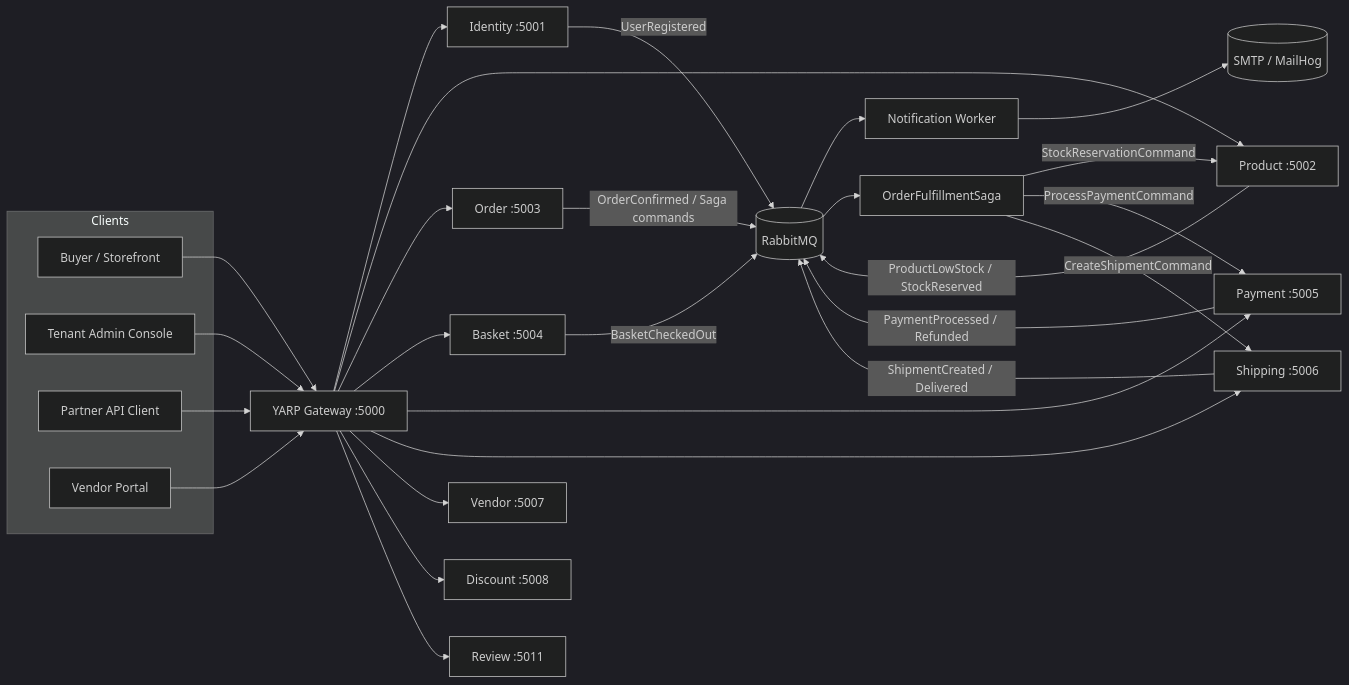
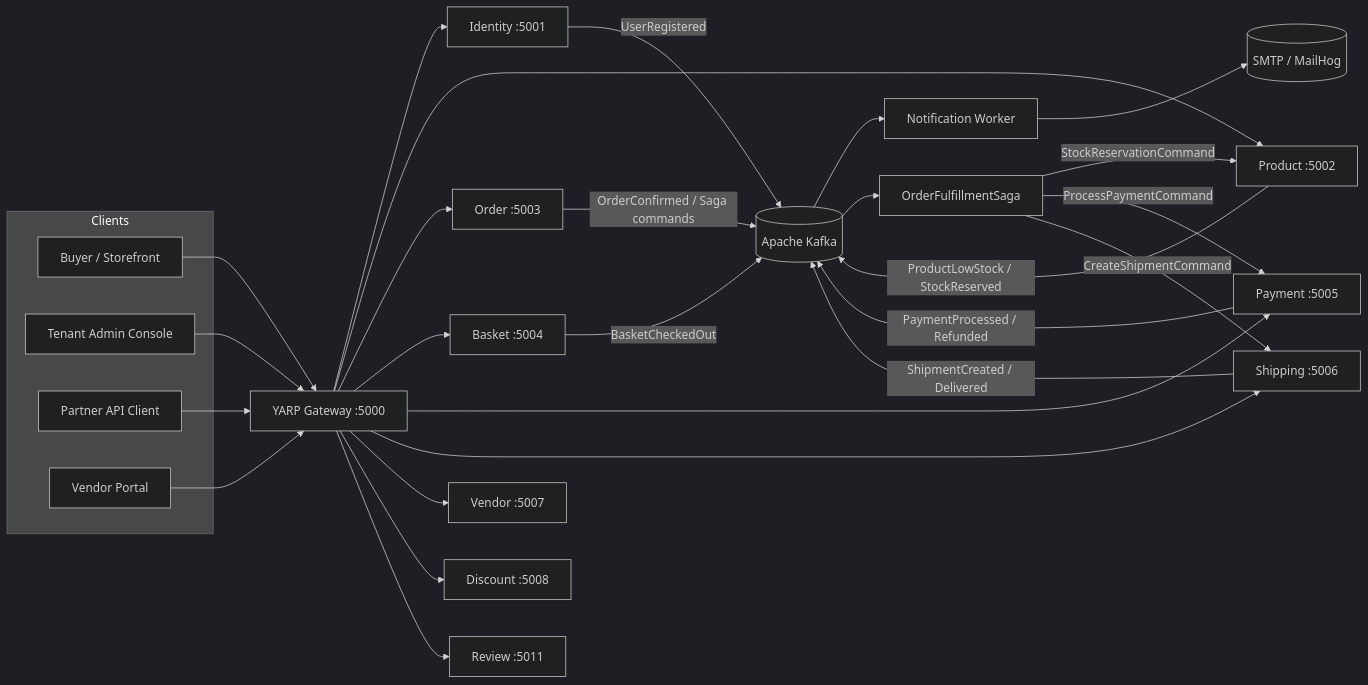
The first of 4 diagrams in docs/HLD.md (4bitsteams/B2B-Microservice-Modern-Architecture), drawn with Mermaid (dark theme) before and after one commit. The commit also changed other lines of this file and 53 other files, not shown here.

````diff
--- a/docs/HLD.md
+++ b/docs/HLD.md
@@ -26,38 +26,38 @@
 ```mermaid
 flowchart LR
   subgraph Clients
     Buyer[Buyer / Storefront]
     Admin[Tenant Admin Console]
     Partner[Partner API Client]
     Vendor[Vendor Portal]
   end
 
   Buyer --> GW[YARP Gateway :5000]
   Admin --> GW
   Partner --> GW
   Vendor --> GW
 
   GW --> Id[Identity :5001]
   GW --> Pr[Product :5002]
   GW --> Or[Order :5003]
   GW --> Ba[Basket :5004]
   GW --> Pa[Payment :5005]
   GW --> Sh[Shipping :5006]
   GW --> Vn[Vendor :5007]
   GW --> Ds[Discount :5008]
   GW --> Rv[Review :5011]
 
-  Or -- OrderConfirmed / Saga commands --> RMQ[(RabbitMQ)]
-  Pr -- ProductLowStock / StockReserved --> RMQ
-  Id -- UserRegistered --> RMQ
-  Ba -- BasketCheckedOut --> RMQ
-  Pa -- PaymentProcessed / Refunded --> RMQ
-  Sh -- ShipmentCreated / Delivered --> RMQ
+  Or -- OrderConfirmed / Saga commands --> KF[(Apache Kafka)]
+  Pr -- ProductLowStock / StockReserved --> KF
+  Id -- UserRegistered --> KF
+  Ba -- BasketCheckedOut --> KF
+  Pa -- PaymentProcessed / Refunded --> KF
+  Sh -- ShipmentCreated / Delivered --> KF
 
-  RMQ --> NW[Notification Worker]
-  RMQ --> Saga[OrderFulfillmentSaga]
+  KF --> NW[Notification Worker]
+  KF --> Saga[OrderFulfillmentSaga]
   Saga -- StockReservationCommand --> Pr
   Saga -- ProcessPaymentCommand --> Pa
   Saga -- CreateShipmentCommand --> Sh
   NW --> SMTP[(SMTP / MailHog)]
 ```
````
